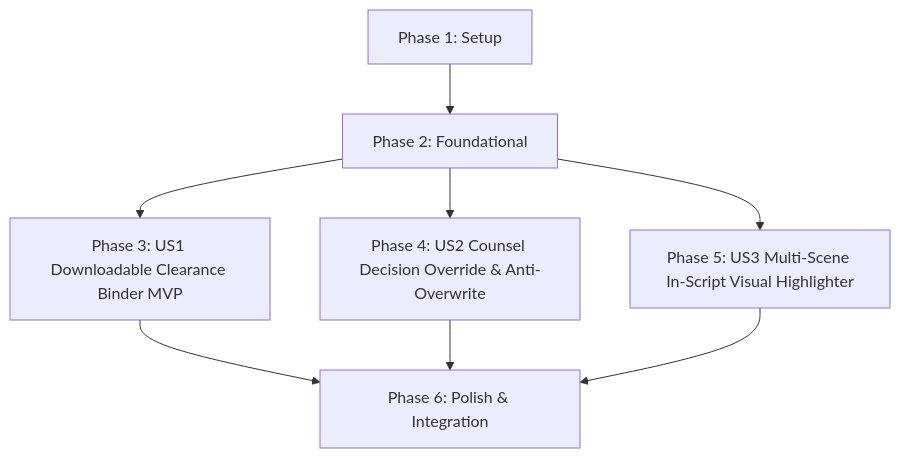
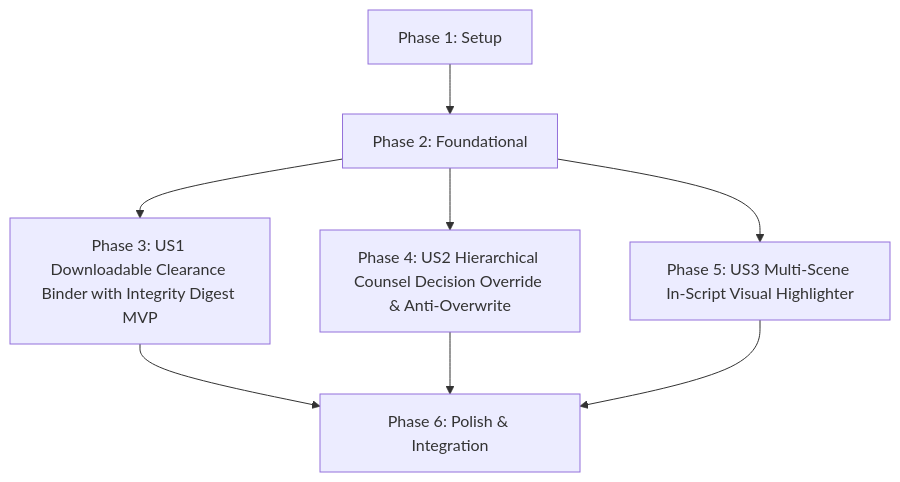
The diagram in specs/003-counsel-review-binder/tasks.md (fmcgoohan/clearancescout), drawn with Mermaid before and after one commit. The commit also changed other lines of this file, not shown here.

Commit message:
tasks: update task breakdown for hierarchical resolver, actual result provenance, and integrityDigest

````diff
--- a/specs/003-counsel-review-binder/tasks.md
+++ b/specs/003-counsel-review-binder/tasks.md
@@ -101,10 +101,10 @@
 ```mermaid
 graph TD
     Phase1[Phase 1: Setup] --> Phase2[Phase 2: Foundational]
-    Phase2 --> US1[Phase 3: US1 Downloadable Clearance Binder MVP]
-    Phase2 --> US2[Phase 4: US2 Counsel Decision Override & Anti-Overwrite]
+    Phase2 --> US1[Phase 3: US1 Downloadable Clearance Binder with Integrity Digest MVP]
+    Phase2 --> US2[Phase 4: US2 Hierarchical Counsel Decision Override & Anti-Overwrite]
     Phase2 --> US3[Phase 5: US3 Multi-Scene In-Script Visual Highlighter]
     US1 --> Polish[Phase 6: Polish & Integration]
     US2 --> Polish
     US3 --> Polish
 ```
````
